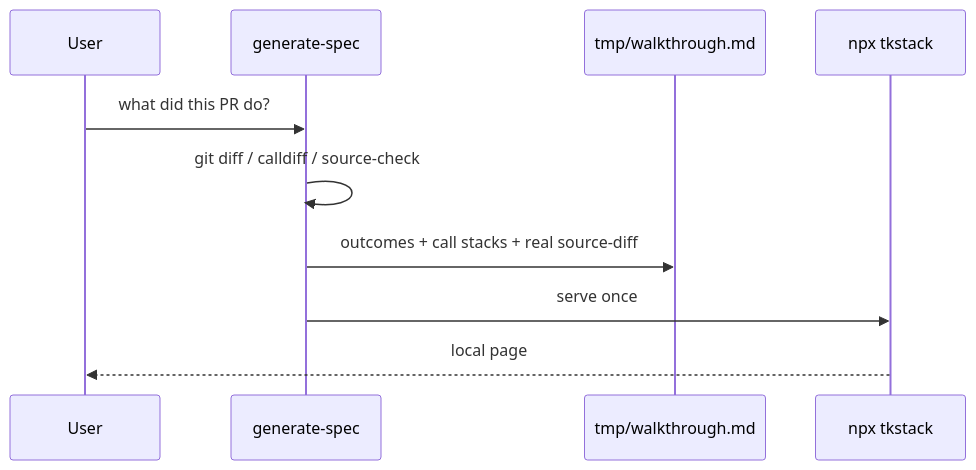
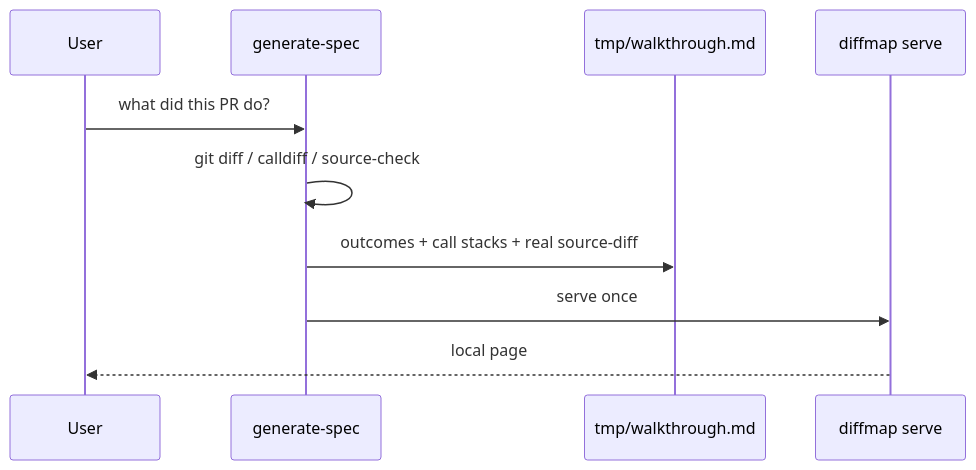
One commit to tanishqkancharla/diffmap changed the fourth of 4 diagrams in specs/merge-generate-spec-walkthrough.md. Above: the diagram before and after it, drawn with Mermaid. The commit also changed other lines of this file, not shown here.

First line of the commit message:
Align merge spec with diffmap rename

````diff
--- a/specs/merge-generate-spec-walkthrough.md
+++ b/specs/merge-generate-spec-walkthrough.md
@@ -85,14 +87,14 @@
 ```mermaid
 sequenceDiagram
   participant User
   participant Skill as generate-spec
   participant File as tmp/walkthrough.md
-  participant Viewer as npx tkstack
+  participant Viewer as diffmap serve
   User->>Skill: what did this PR do?
   Skill->>Skill: git diff / calldiff / source-check
   Skill->>File: outcomes + call stacks + real source-diff
   Skill->>Viewer: serve once
   Viewer-->>User: local page
   %% ref node:Skill [[skills/code-walkthrough/SKILL.md]]
   %% ref node:Viewer [[src/serve.ts#startServer]]
 ```
````
